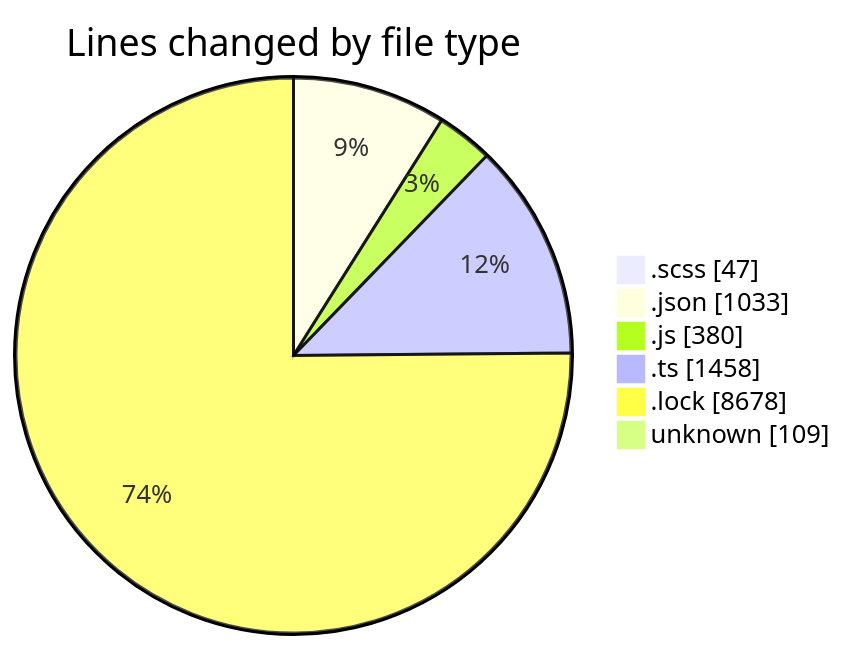
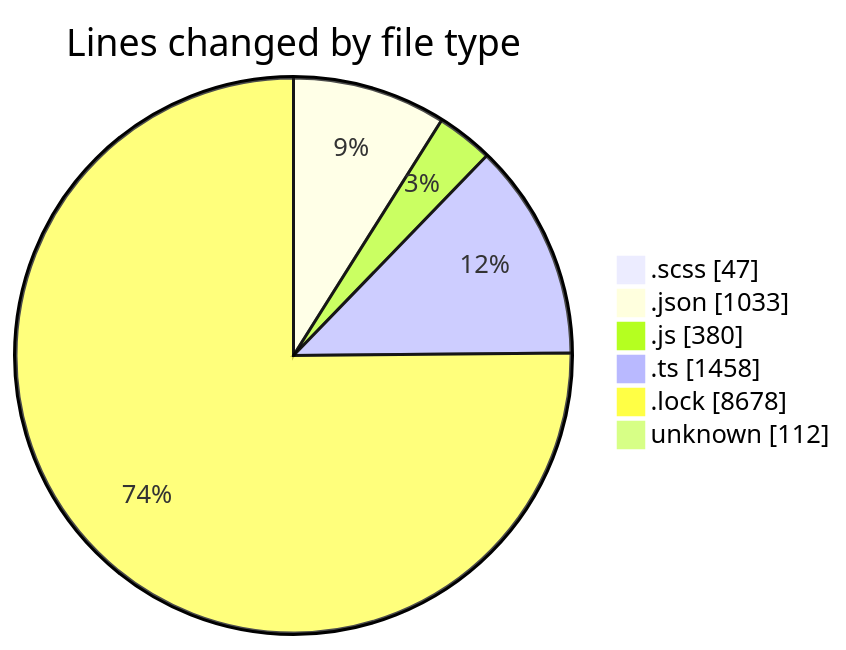
The first of 2 diagrams in 2026-04-21/cda/README.md (momahboobian/code-tracking), drawn with Mermaid before and after one commit. The commit also changed other lines of this file and 1 other file, not shown here.

````diff
--- a/2026-04-21/cda/README.md
+++ b/2026-04-21/cda/README.md
@@ -44,10 +44,10 @@
 ```mermaid
 pie showData
 title Lines changed by file type
 ".scss" : 47
 ".json" : 1033
 ".js" : 380
 ".ts" : 1458
 ".lock" : 8678
-"unknown" : 109
+"unknown" : 112
 ```
````
